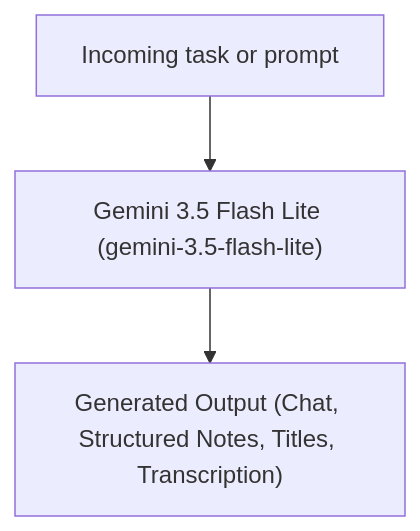
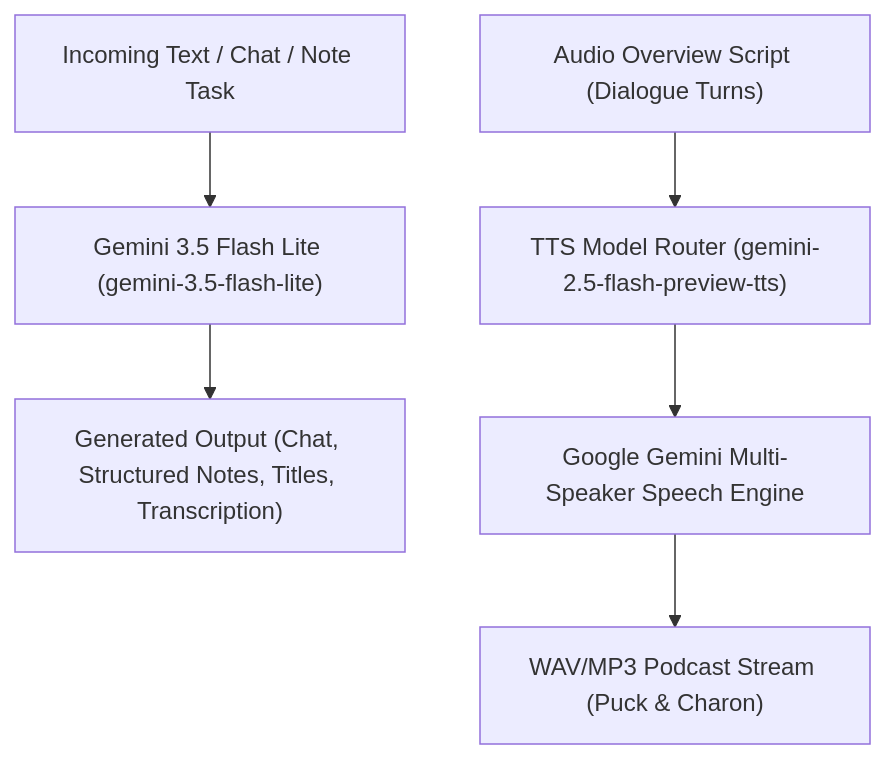
One commit to shakibzcv/infera-notebook changed the third of 6 diagrams in ARCHITECTURE.md. Above: the diagram before and after it, drawn with Mermaid. The commit also changed other lines of this file and 31 other files, not shown here.

````diff
--- a/ARCHITECTURE.md
+++ b/ARCHITECTURE.md
@@ -190,5 +191,9 @@
 ```mermaid
 flowchart TD
-    Prompt["Incoming task or prompt"] --> Model["Gemini 3.5 Flash Lite (gemini-3.5-flash-lite)"]
+    Prompt["Incoming Text / Chat / Note Task"] --> Model["Gemini 3.5 Flash Lite (gemini-3.5-flash-lite)"]
     Model --> Output["Generated Output (Chat, Structured Notes, Titles, Transcription)"]
+
+    TTSPrompt["Audio Overview Script (Dialogue Turns)"] --> TTSRouter["TTS Model Router (gemini-2.5-flash-preview-tts)"]
+    TTSRouter --> MultiSpeakerTTS["Google Gemini Multi-Speaker Speech Engine"]
+    MultiSpeakerTTS --> AudioOutput["WAV/MP3 Podcast Stream (Puck & Charon)"]
 ```
````
